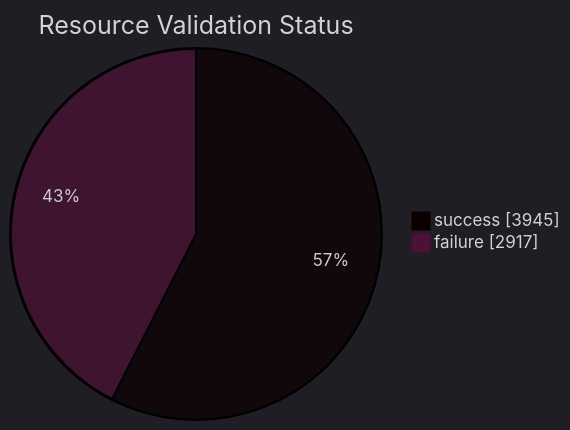
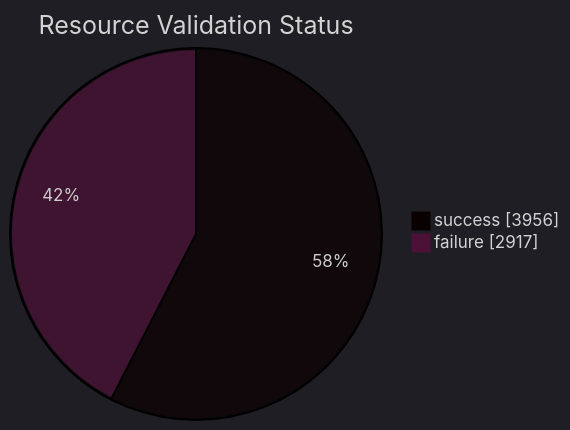
Before and after one commit to open-data/analytics-corporate-reporting: the diagram in datastore_tracker/resource_validation_status_pie_chart.md, drawn with Mermaid. The commit also changed 11 other files, not shown here.

````diff
--- a/datastore_tracker/resource_validation_status_pie_chart.md
+++ b/datastore_tracker/resource_validation_status_pie_chart.md
@@ -2,9 +2,9 @@
 ```mermaid
 ---
 config:
   theme: dark
 ---
 pie showData title Resource Validation Status
-    "success": 3945
+    "success": 3956
     "failure": 2917
 ```
````
